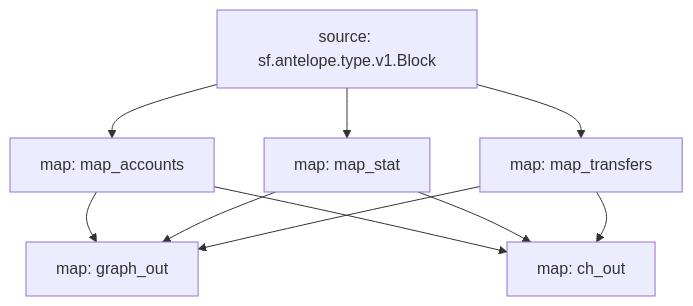
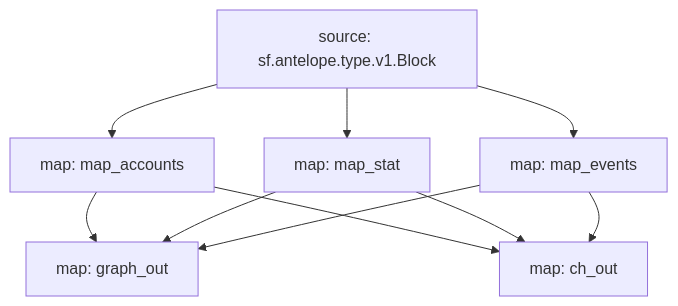
One commit to pinax-network/substreams-antelope-tokens changed the diagram in README.md. Above: the diagram before and after it, drawn with Mermaid. The commit also changed other lines of this file and 7 other files, not shown here.

````diff
--- a/README.md
+++ b/README.md
@@ -17,17 +17,17 @@
 ```mermaid
 graph TD;
-  map_transfers[map: map_transfers];
-  sf.antelope.type.v1.Block[source: sf.antelope.type.v1.Block] --> map_transfers;
+  map_events[map: map_events];
+  sf.antelope.type.v1.Block[source: sf.antelope.type.v1.Block] --> map_events;
   map_accounts[map: map_accounts];
   sf.antelope.type.v1.Block[source: sf.antelope.type.v1.Block] --> map_accounts;
   map_stat[map: map_stat];
   sf.antelope.type.v1.Block[source: sf.antelope.type.v1.Block] --> map_stat;
   graph_out[map: graph_out];
   map_accounts --> graph_out;
   map_stat --> graph_out;
-  map_transfers --> graph_out;
+  map_events --> graph_out;
   ch_out[map: ch_out];
   map_accounts --> ch_out;
   map_stat --> ch_out;
-  map_transfers --> ch_out;
+  map_events --> ch_out;
 ```
````
